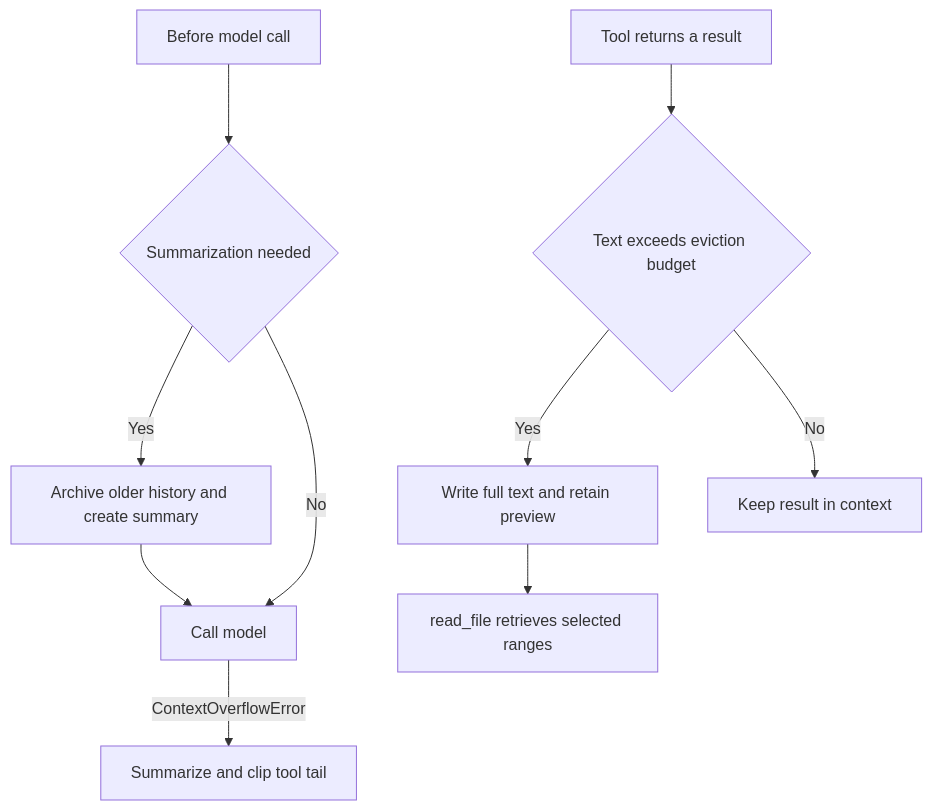
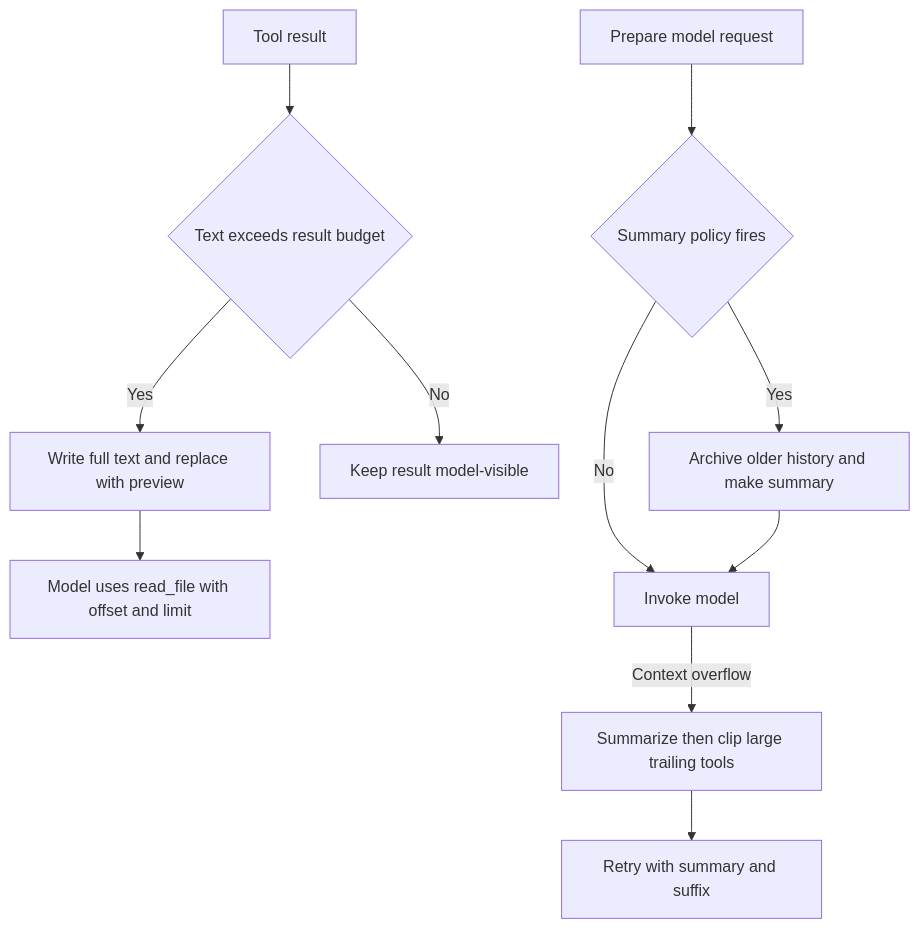
Before and after one commit to langchain-ai/deepagents: the first of 3 diagrams in openwiki/concepts/context-management.md, drawn with Mermaid. The commit also changed other lines of this file and 28 other files, not shown here.

````diff
--- a/openwiki/concepts/context-management.md
+++ b/openwiki/concepts/context-management.md
@@ -44,12 +39,13 @@
 ```mermaid
 flowchart TD
-    Tool["Tool returns a result"] --> Size{"Text exceeds eviction budget"}
-    Size -->|Yes| Store["Write full text and retain preview"]
-    Size -->|No| Keep["Keep result in context"]
-    Request["Before model call"] --> Threshold{"Summarization needed"}
-    Threshold -->|Yes| Compact["Archive older history and create summary"]
-    Threshold -->|No| Model["Call model"]
-    Compact --> Model
-    Model -->|ContextOverflowError| Recovery["Summarize and clip tool tail"]
-    Store --> Read["read_file retrieves selected ranges"]
+    Tool["Tool result"] --> Size{"Text exceeds result budget"}
+    Size -->|Yes| Save["Write full text and replace with preview"]
+    Save --> Recover["Model uses read_file with offset and limit"]
+    Size -->|No| Visible["Keep result model-visible"]
+    Request["Prepare model request"] --> Policy{"Summary policy fires"}
+    Policy -->|Yes| Compact["Archive older history and make summary"]
+    Policy -->|No| Invoke["Invoke model"]
+    Compact --> Invoke
+    Invoke -->|Context overflow| Fallback["Summarize then clip large trailing tools"]
+    Fallback --> Retry["Retry with summary and suffix"]
 ```
````
